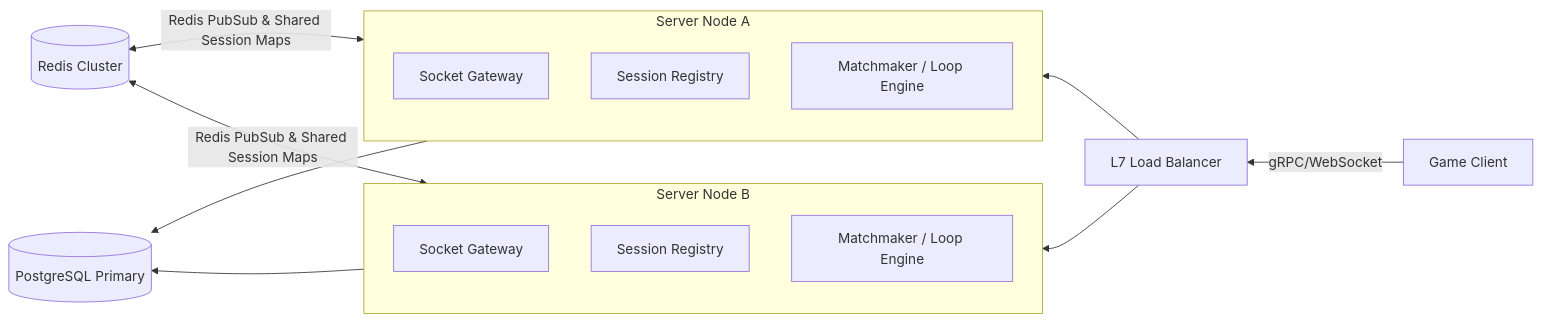
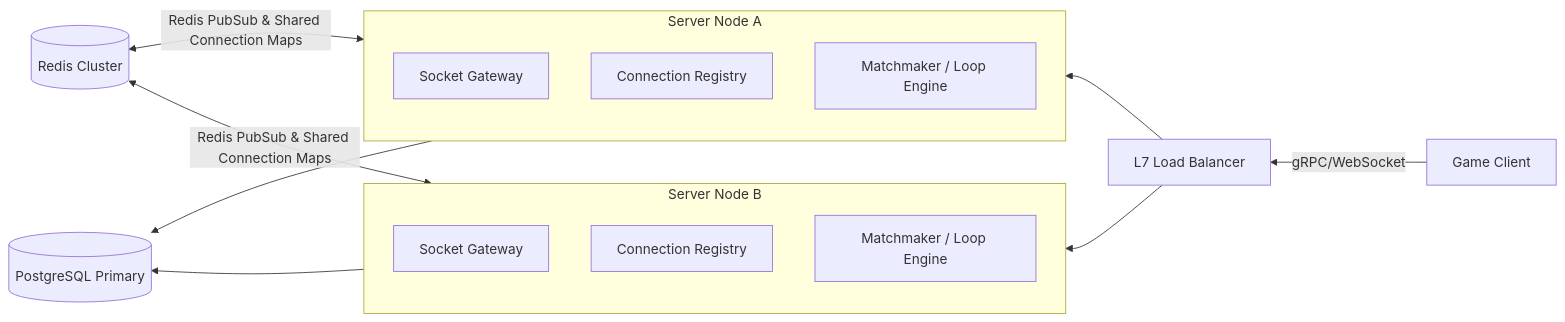
The second of 6 diagrams in Architecture/HLD.md (BornToBuildGame/documents), drawn with Mermaid before and after one commit. The commit also changed other lines of this file and 15 other files, not shown here.

Commit message:
- update database design + TDD + multi node architecture

````diff
--- a/Architecture/HLD.md
+++ b/Architecture/HLD.md
@@ -16,25 +39,25 @@
 ```mermaid
 flowchart RL
     Client[Game Client] -->|gRPC/WebSocket| LB[L7 Load Balancer]
     
     subgraph ServerNodeA [Server Node A]
         GatewayA[Socket Gateway]
-        RegA[Session Registry]
+        RegA[Connection Registry]
         EngineA[Matchmaker / Loop Engine]
     end
     
     subgraph ServerNodeB [Server Node B]
         GatewayB[Socket Gateway]
-        RegB[Session Registry]
+        RegB[Connection Registry]
         EngineB[Matchmaker / Loop Engine]
     end
     
     LB --> ServerNodeA
     LB --> ServerNodeB
     
-    ServerNodeA <-->|Redis PubSub & Shared Session Maps| Redis[(Redis Cluster)]
-    ServerNodeB <-->|Redis PubSub & Shared Session Maps| Redis
+    ServerNodeA <-->|Redis PubSub & Shared Connection Maps| Redis[(Redis Cluster)]
+    ServerNodeB <-->|Redis PubSub & Shared Connection Maps| Redis
     
     ServerNodeA --> DB_Primary[(PostgreSQL Primary)]
     ServerNodeB --> DB_Primary
 ```
````
